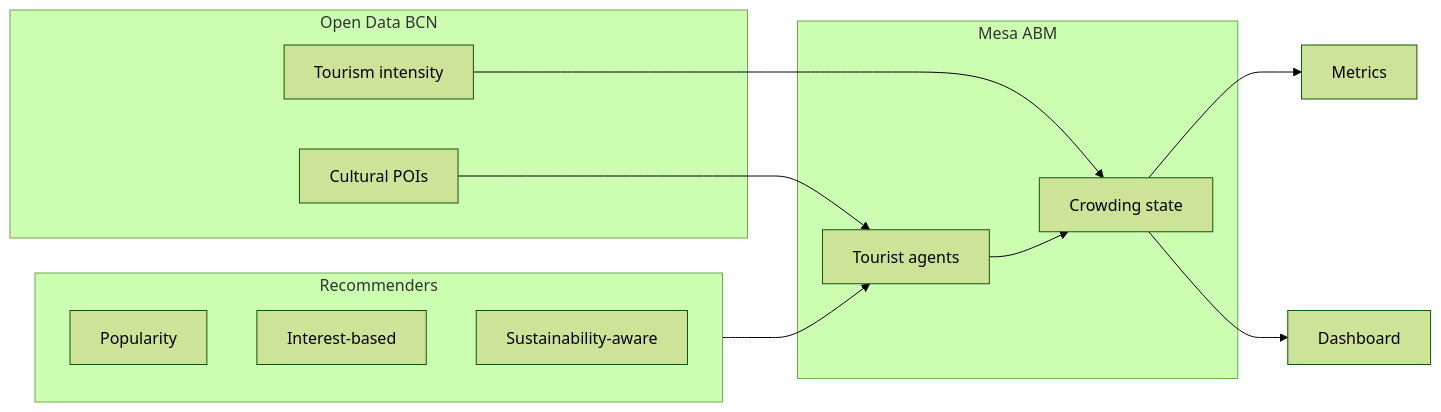
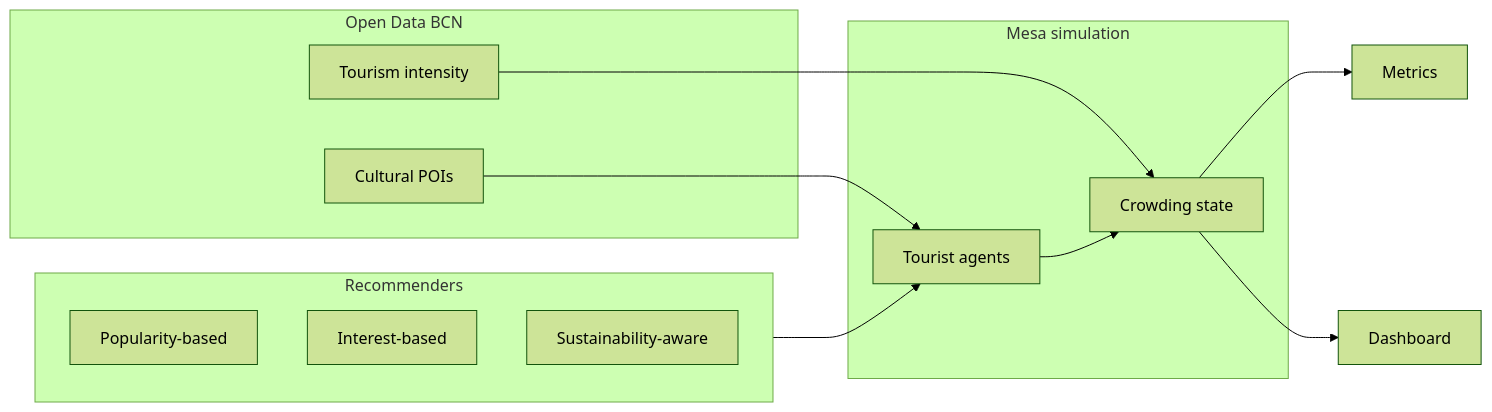
Before and after one commit to luisgrewe/RecommenderSystem: the diagram in README.md, drawn with Mermaid (forest theme). The commit also changed other lines of this file, not shown here.

````diff
--- a/README.md
+++ b/README.md
@@ -38,22 +55,25 @@
 ```mermaid
 flowchart LR
   subgraph data [Open Data BCN]
     POI[Cultural POIs]
     INT[Tourism intensity]
   end
-  subgraph sim [Mesa ABM]
+
+  subgraph rec [Recommenders]
+    P[Popularity-based]
+    I[Interest-based]
+    S[Sustainability-aware]
+  end
+
+  subgraph sim [Mesa simulation]
     AG[Tourist agents]
     CR[Crowding state]
   end
-  subgraph rec [Recommenders]
-    P[Popularity]
-    I[Interest-based]
-    S[Sustainability-aware]
-  end
+
   POI --> AG
   INT --> CR
   rec --> AG
   AG --> CR
   CR --> MET[Metrics]
   CR --> VIZ[Dashboard]
 ```
````
